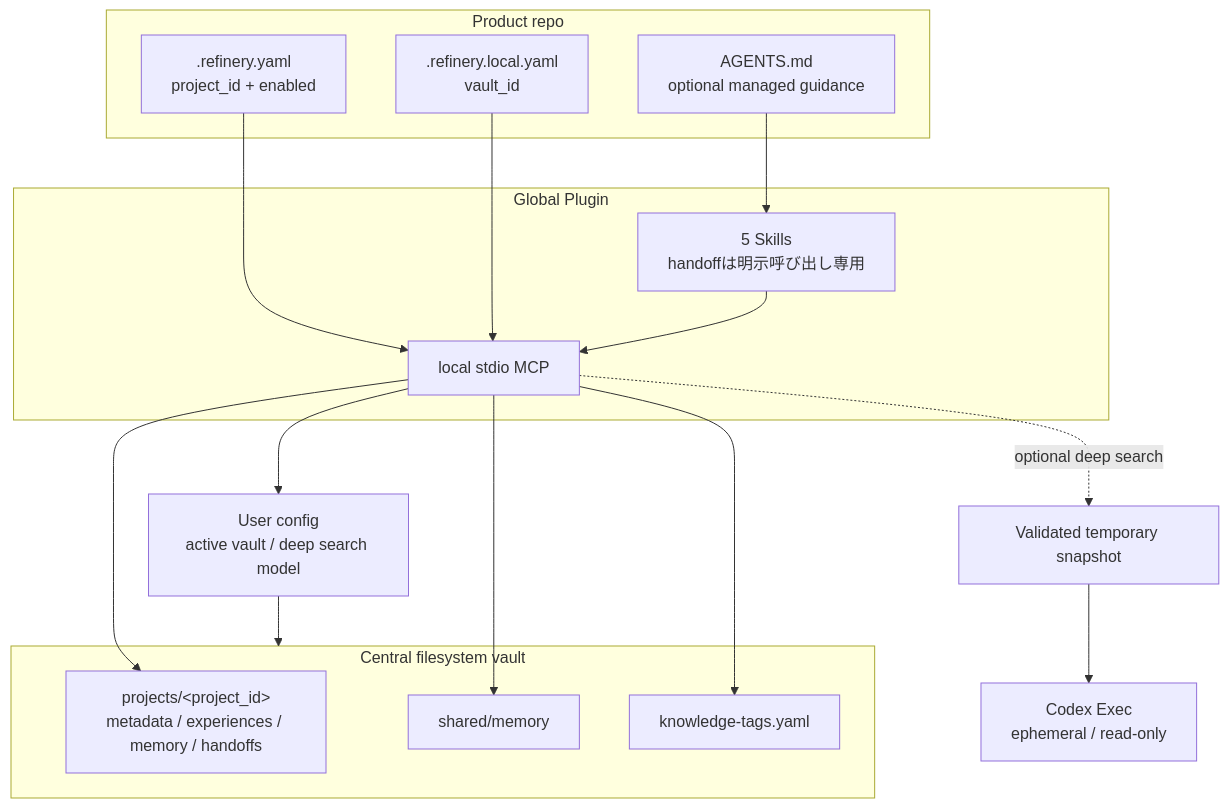
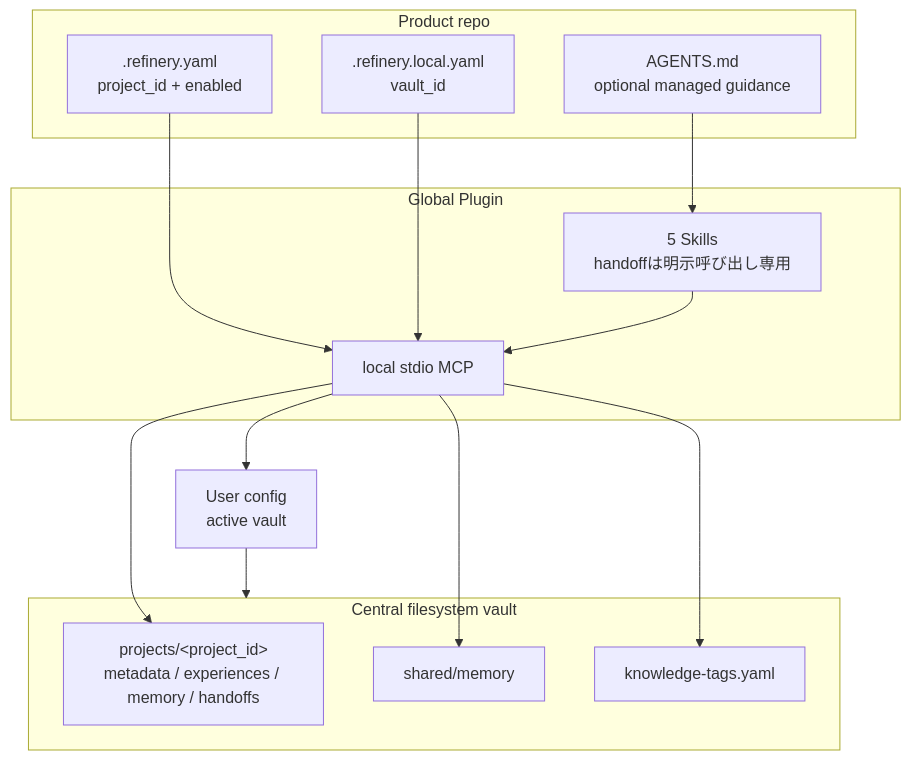
Before and after one commit to skanehira1126/knowledge-refinery: the diagram in docs/architecture.md, drawn with Mermaid. The commit also changed other lines of this file and 32 other files, not shown here.

````diff
--- a/docs/architecture.md
+++ b/docs/architecture.md
@@ -6,36 +6,31 @@
 ```mermaid
 flowchart TB
     subgraph Repo["Product repo"]
         RC[".refinery.yaml<br/>project_id + enabled"]
         RL[".refinery.local.yaml<br/>vault_id"]
         AG["AGENTS.md<br/>optional managed guidance"]
     end
 
     subgraph Plugin["Global Plugin"]
         SK["5 Skills<br/>handoffは明示呼び出し専用"]
         MCP["local stdio MCP"]
     end
 
-    CFG["User config<br/>active vault / deep search model"]
-
-    CX["Codex Exec<br/>ephemeral / read-only"]
-    SS["Validated temporary snapshot"]
+    CFG["User config<br/>active vault"]
 
     subgraph Vault["Central filesystem vault"]
         PM["projects/&lt;project_id&gt;<br/>metadata / experiences / memory / handoffs"]
         SM["shared/memory"]
         KT["knowledge-tags.yaml"]
     end
 
     AG --> SK
     RC --> MCP
     RL --> MCP
     SK --> MCP
     MCP --> CFG
     CFG --> Vault
     MCP --> PM
     MCP --> SM
     MCP --> KT
-    MCP -. "optional deep search" .-> SS
-    SS --> CX
 ```
````
